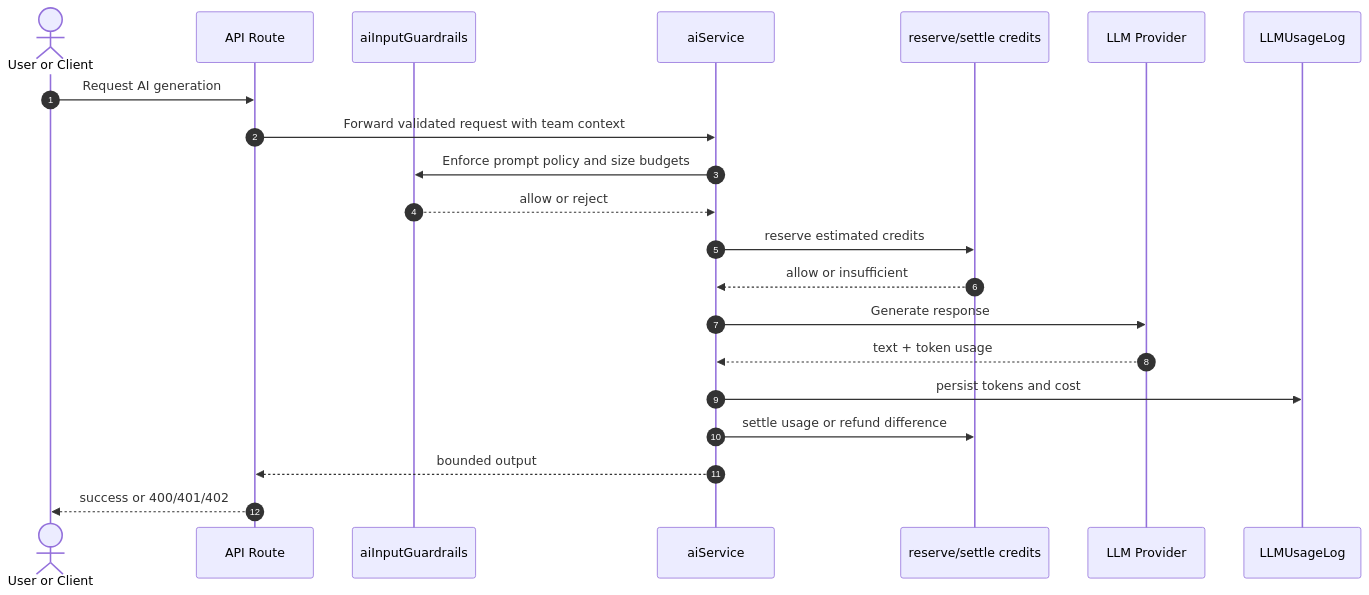
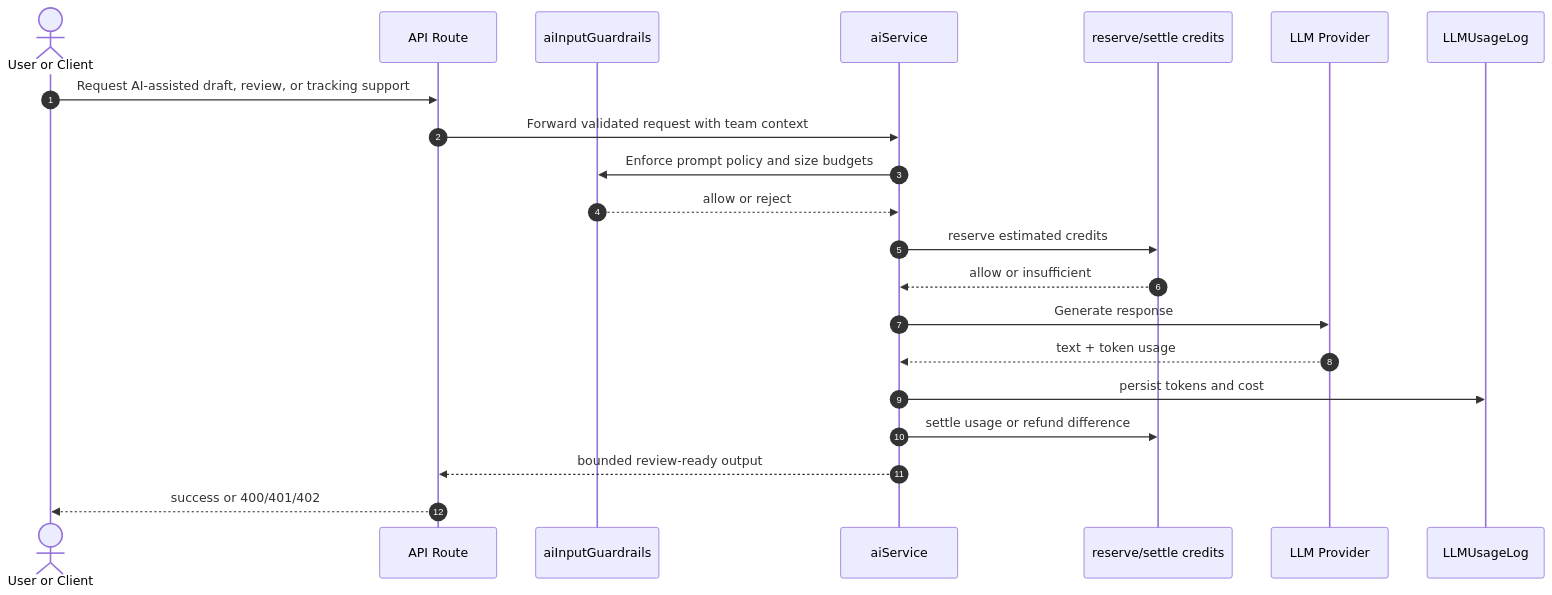
Before and after one commit to Convospanai-outreach/fullstack: the second of 2 diagrams in MASTER_SYSTEM_ARCHITECTURE.md, drawn with Mermaid. The commit also changed other lines of this file and 23 other files, not shown here.

````diff
--- a/MASTER_SYSTEM_ARCHITECTURE.md
+++ b/MASTER_SYSTEM_ARCHITECTURE.md
@@ -99,24 +101,24 @@
 ```mermaid
 sequenceDiagram
     autonumber
     actor User as User or Client
     participant Route as API Route
     participant Guard as aiInputGuardrails
     participant AI as aiService
     participant Credits as reserve/settle credits
     participant Model as LLM Provider
     participant Usage as LLMUsageLog
 
-    User->>Route: Request AI generation
+    User->>Route: Request AI-assisted draft, review, or tracking support
     Route->>AI: Forward validated request with team context
     AI->>Guard: Enforce prompt policy and size budgets
     Guard-->>AI: allow or reject
     AI->>Credits: reserve estimated credits
     Credits-->>AI: allow or insufficient
     AI->>Model: Generate response
     Model-->>AI: text + token usage
     AI->>Usage: persist tokens and cost
     AI->>Credits: settle usage or refund difference
-    AI-->>Route: bounded output
+    AI-->>Route: bounded review-ready output
     Route-->>User: success or 400/401/402
 ```
````
